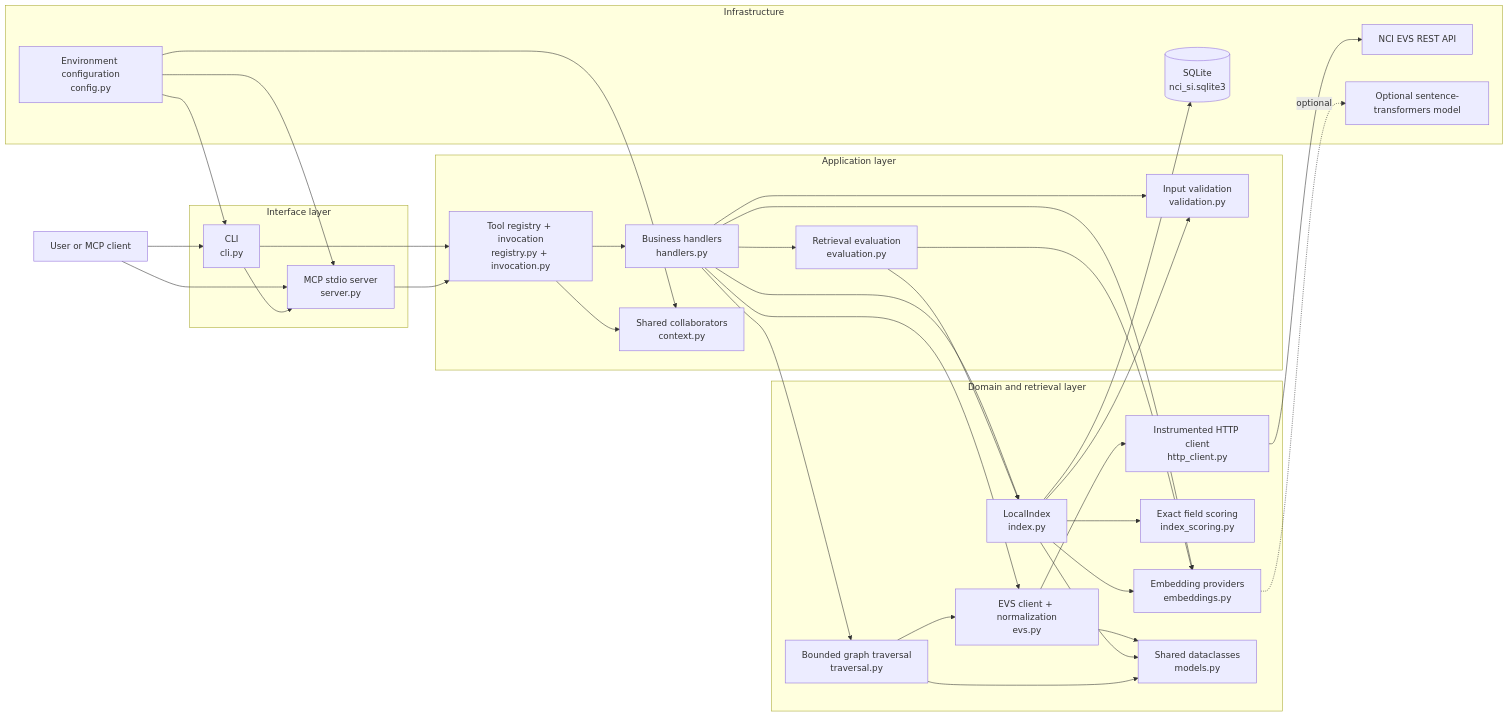
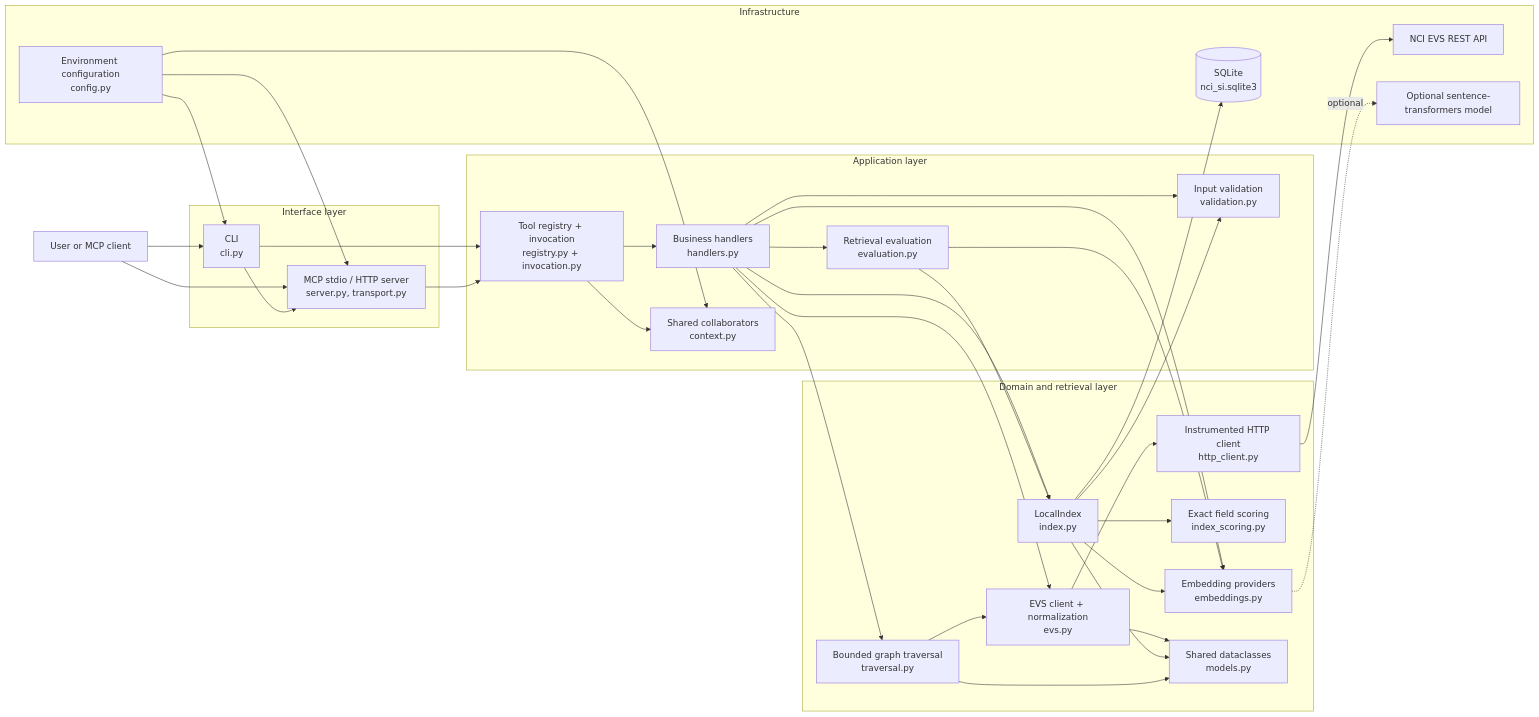
Before and after one commit to CBIIT/nci-si-mcp: the first of 2 diagrams in ARCHITECTURE.md, drawn with Mermaid. The commit also changed other lines of this file and 136 other files, not shown here.

````diff
--- a/ARCHITECTURE.md
+++ b/ARCHITECTURE.md
@@ -9,67 +9,67 @@
 ```mermaid
 flowchart LR
     User["User or MCP client"]
 
     subgraph Interfaces["Interface layer"]
         CLI["CLI<br/>cli.py"]
-        MCP["MCP stdio server<br/>server.py"]
+        MCP["MCP stdio / HTTP server<br/>server.py, transport.py"]
     end
 
     subgraph Application["Application layer"]
         Registry["Tool registry + invocation<br/>registry.py + invocation.py"]
         Handlers["Business handlers<br/>handlers.py"]
         Context["Shared collaborators<br/>context.py"]
         Validation["Input validation<br/>validation.py"]
         Eval["Retrieval evaluation<br/>evaluation.py"]
     end
 
     subgraph Domain["Domain and retrieval layer"]
         EVS["EVS client + normalization<br/>evs.py"]
         Http["Instrumented HTTP client<br/>http_client.py"]
         Index["LocalIndex<br/>index.py"]
         Retrieval["Exact field scoring<br/>index_scoring.py"]
         Embeddings["Embedding providers<br/>embeddings.py"]
         Traversal["Bounded graph traversal<br/>traversal.py"]
         Models["Shared dataclasses<br/>models.py"]
     end
 
     subgraph Infrastructure["Infrastructure"]
         EVSAPI["NCI EVS REST API"]
         SQLite[("SQLite<br/>nci_si.sqlite3")]
         ST["Optional sentence-transformers model"]
         Env["Environment configuration<br/>config.py"]
     end
 
     User --> CLI
     User --> MCP
     CLI --> Registry
     CLI --> MCP
     MCP --> Registry
 
     Env --> CLI
     Env --> MCP
     Handlers --> Validation
     Handlers --> EVS
     Handlers --> Index
     Handlers --> Traversal
     Handlers --> Embeddings
     Handlers --> Eval
     Env --> Context
     Registry --> Handlers
     Registry --> Context
     Eval --> Index
     Eval --> Embeddings
     Index --> Validation
 
     EVS --> Http
     Http --> EVSAPI
     Traversal --> EVS
     Index --> Retrieval
     Index --> Embeddings
     Index --> SQLite
     Embeddings -. "optional" .-> ST
 
     EVS --> Models
     Index --> Models
     Traversal --> Models
 ```
````
